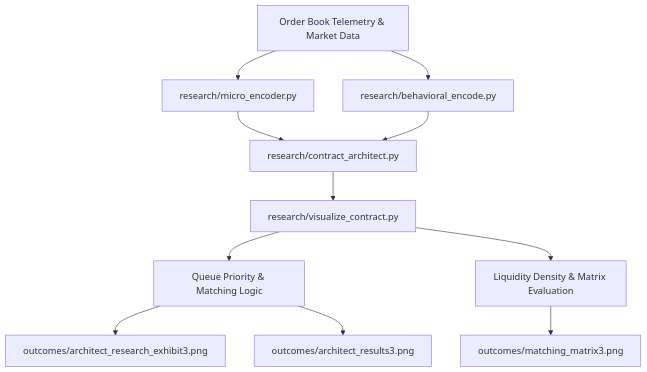
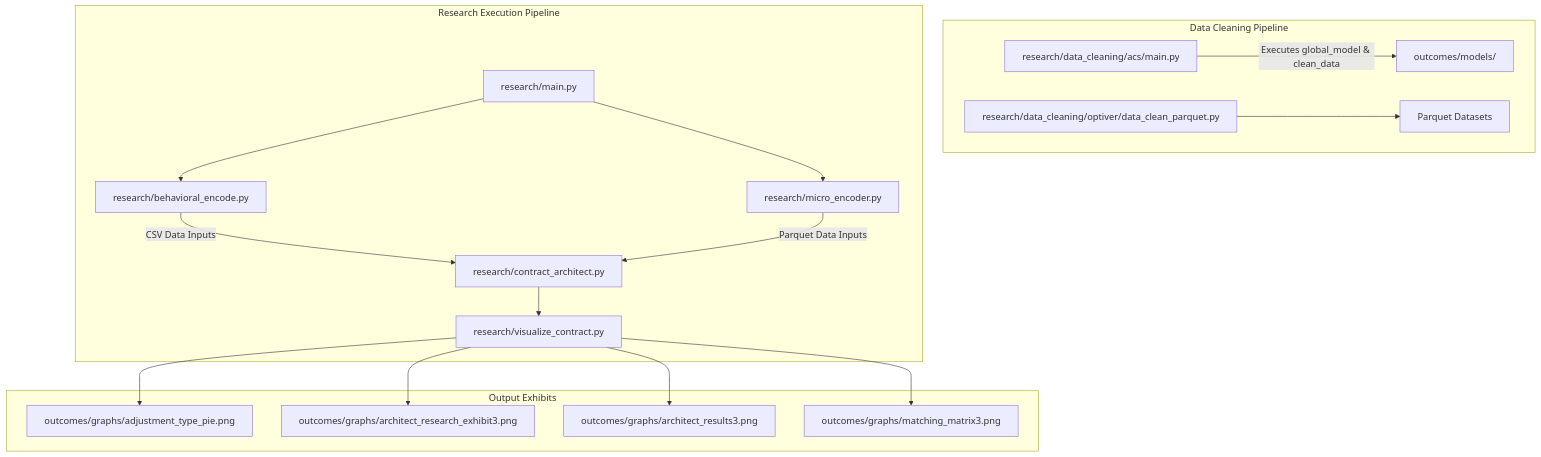
Before and after one commit to pikum06/behavioral-microstructure-matching-engine: the first of 2 diagrams in README.md, drawn with Mermaid. The commit also changed other lines of this file, not shown here.

First line of the commit message:
Update README with new file structure and graphs

````diff
--- a/README.md
+++ b/README.md
@@ -92,20 +108,25 @@
 ```mermaid
 graph TD
-    %% Order Flow & Data Inputs
-    A[Order Book Telemetry & Market Data] --> B[research/micro_encoder.py]
-    A --> C[research/behavioral_encode.py]
+    %% Data Cleaning & Preprocessing
+    subgraph Data Cleaning Pipeline
+        A1[research/data_cleaning/acs/main.py] -->|Executes global_model & clean_data| A2[outcomes/models/]
+        B1[research/data_cleaning/optiver/data_clean_parquet.py] --> B2[Parquet Datasets]
+    end
 
-    %% Modular Engine Processing
-    B --> D[research/contract_architect.py]
-    C --> D
-    D --> E[research/visualize_contract.py]
+    %% Research Pipeline Execution
+    subgraph Research Execution Pipeline
+        C[research/main.py] --> D[research/behavioral_encode.py]
+        C --> E[research/micro_encoder.py]
+        D -->|CSV Data Inputs| F[research/contract_architect.py]
+        E -->|Parquet Data Inputs| F
+        F --> G[research/visualize_contract.py]
+    end
 
-    %% Analytics & Matching Logic
-    E --> F[Queue Priority & Matching Logic]
-    E --> G[Liquidity Density & Matrix Evaluation]
-
-    %% Output Exhibits
-    F --> H[outcomes/architect_research_exhibit3.png]
-    G --> I[outcomes/matching_matrix3.png]
-    F --> J[outcomes/architect_results3.png]
+    %% Final Output Graphs
+    subgraph Output Exhibits
+        G --> H1[outcomes/graphs/adjustment_type_pie.png]
+        G --> H2[outcomes/graphs/architect_research_exhibit3.png]
+        G --> H3[outcomes/graphs/architect_results3.png]
+        G --> H4[outcomes/graphs/matching_matrix3.png]
+    end
 ```
````
